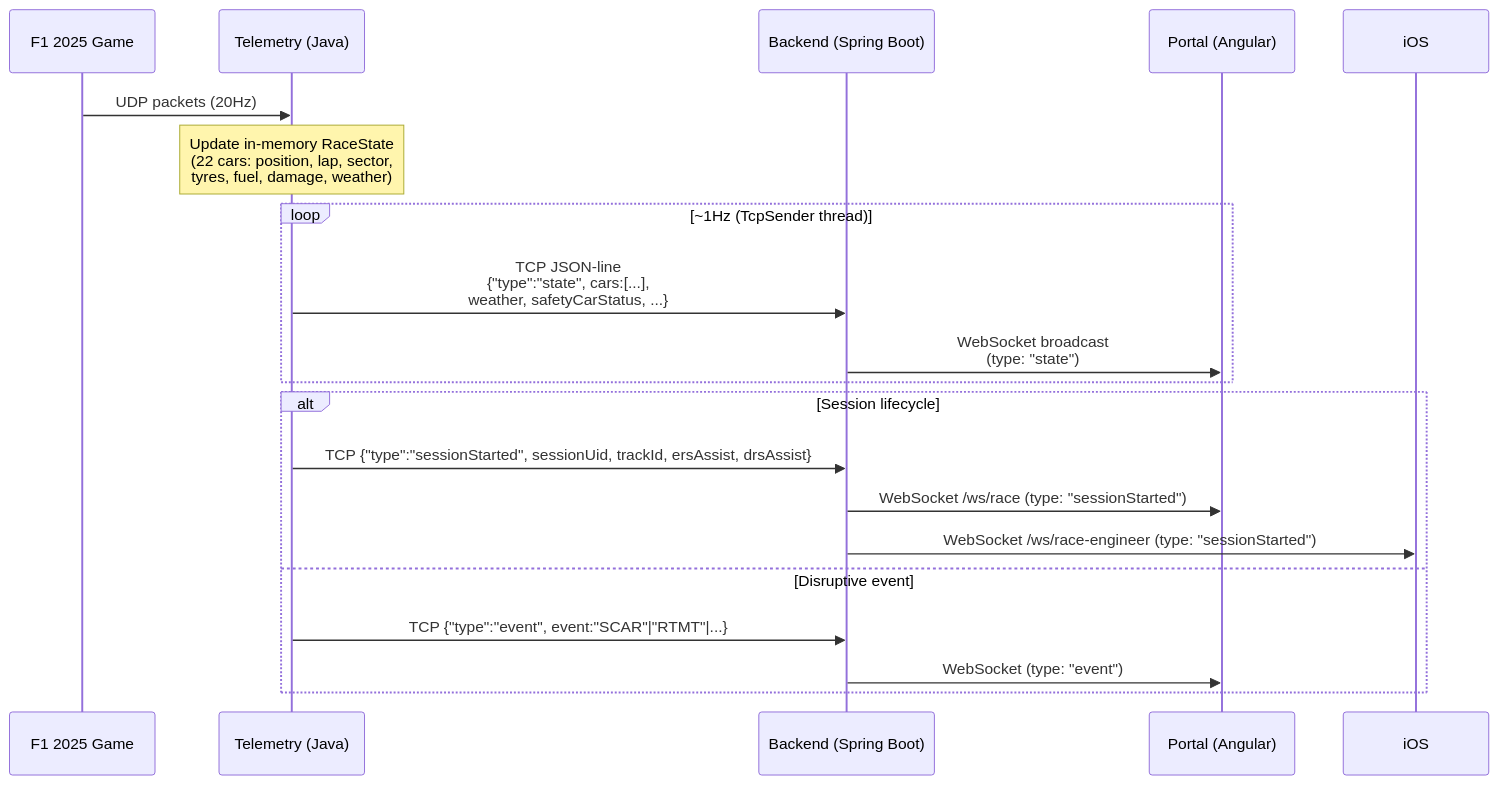
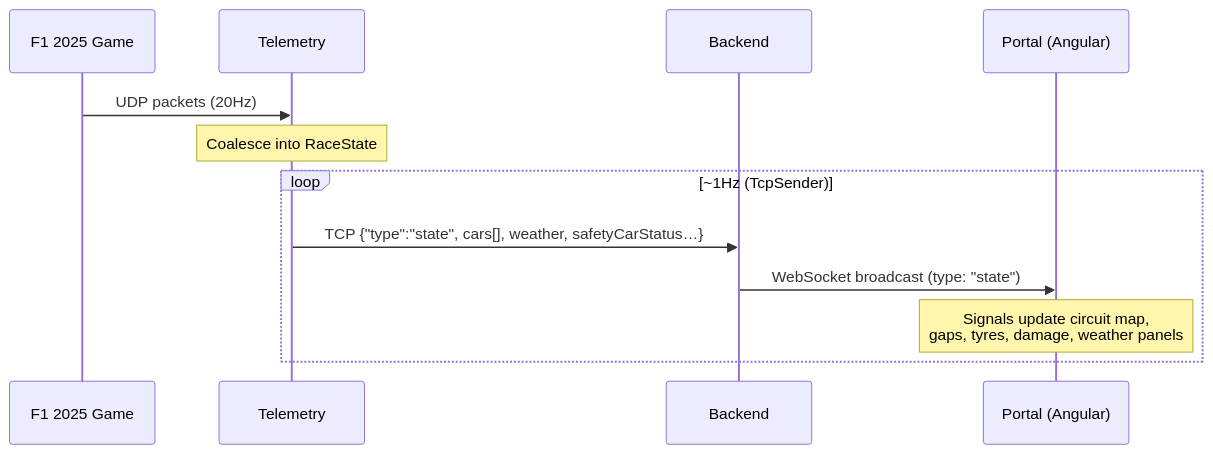
One commit to vmleon/f12025-race-strategy-simulation changed the third of 10 diagrams in design/06-INTEGRATION.md. Above: the diagram before and after it, drawn with Mermaid. The commit also changed other lines of this file and 2 other files, not shown here.

Commit message:
docs: consolidate integration doc around end-to-end data flows

````diff
--- a/design/06-INTEGRATION.md
+++ b/design/06-INTEGRATION.md
@@ -55,24 +115,15 @@
 ```mermaid
 sequenceDiagram
     participant Game as F1 2025 Game
-    participant Telemetry as Telemetry (Java)
-    participant Backend as Backend (Spring Boot)
+    participant Tele as Telemetry
+    participant BE as Backend
     participant Portal as Portal (Angular)
 
-    Game->>Telemetry: UDP packets (20Hz)
-    Note over Telemetry: Update in-memory RaceState<br/>(22 cars: position, lap, sector,<br/>tyres, fuel, damage, weather)
-
-    loop ~1Hz (TcpSender thread)
-        Telemetry->>Backend: TCP JSON-line<br/>{"type":"state", cars:[...],<br/>weather, safetyCarStatus, ...}
-        Backend->>Portal: WebSocket broadcast<br/>(type: "state")
-    end
-
-    alt Session lifecycle
-        Telemetry->>Backend: TCP {"type":"sessionStarted", sessionUid, trackId, ersAssist, drsAssist}
-        Backend->>Portal: WebSocket /ws/race (type: "sessionStarted")
-        Backend->>iOS: WebSocket /ws/race-engineer (type: "sessionStarted")
-    else Disruptive event
-        Telemetry->>Backend: TCP {"type":"event", event:"SCAR"|"RTMT"|...}
-        Backend->>Portal: WebSocket (type: "event")
+    Game->>Tele: UDP packets (20Hz)
+    Note over Tele: Coalesce into RaceState
+    loop ~1Hz (TcpSender)
+        Tele->>BE: TCP {"type":"state", cars[], weather, safetyCarStatus…}
+        BE->>Portal: WebSocket broadcast (type: "state")
+        Note over Portal: Signals update circuit map,<br/>gaps, tyres, damage, weather panels
     end
 ```
````
